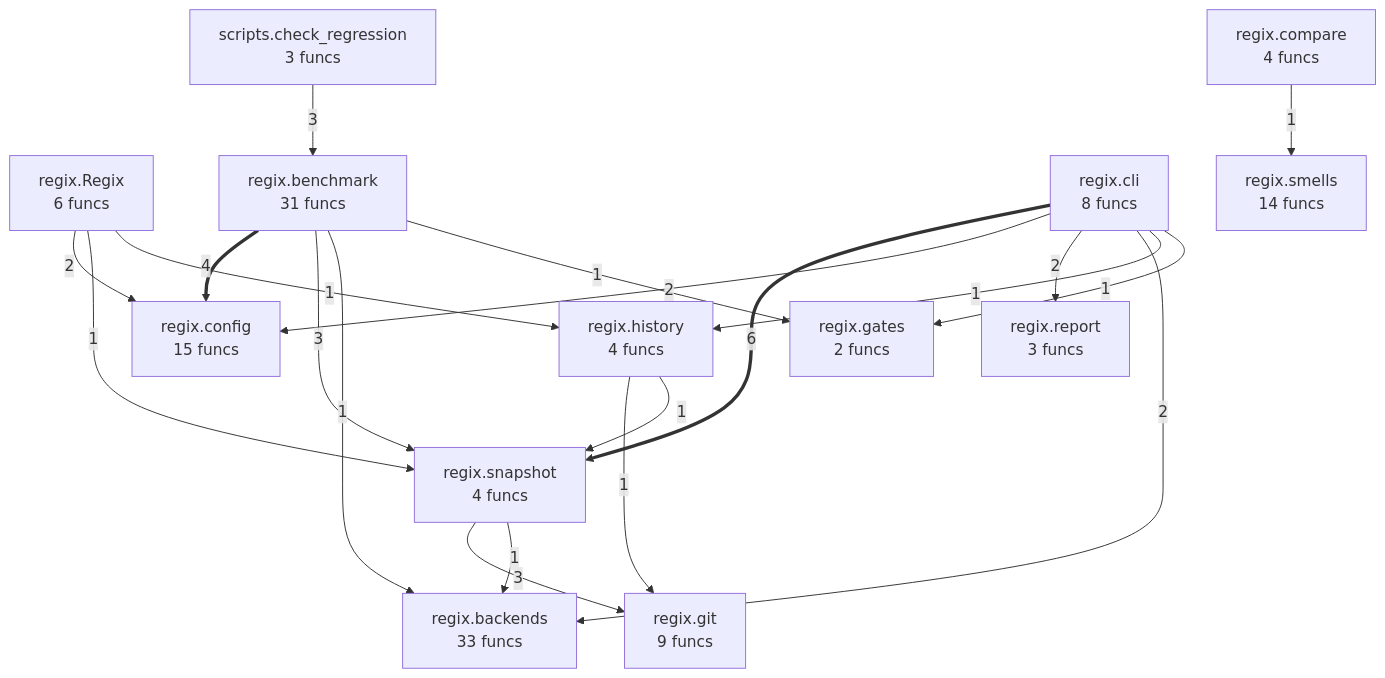
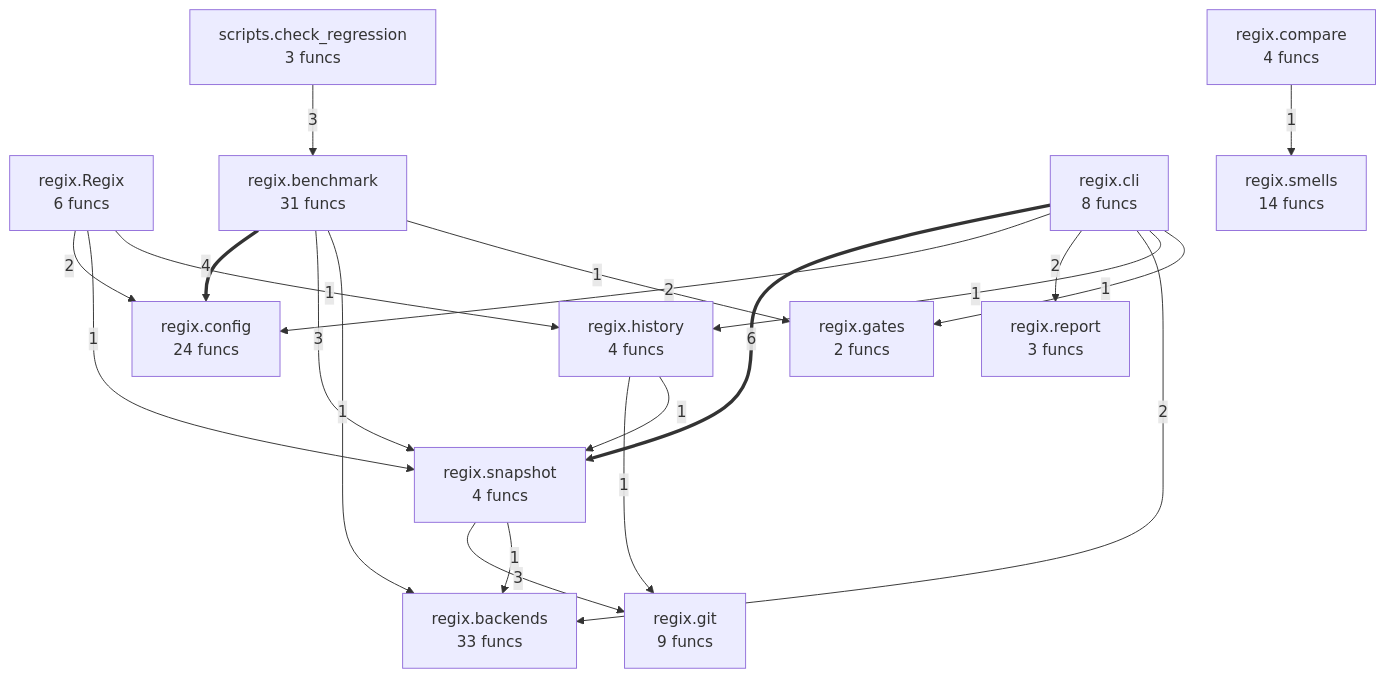
One commit to semcod/regix changed the diagram in project/compact_flow.mmd. Above: the diagram before and after it, drawn with Mermaid. The commit also changed 14 other files, not shown here.

```diff
--- a/project/compact_flow.mmd
+++ b/project/compact_flow.mmd
@@ -1,33 +1,33 @@
 flowchart TD
     regix__Regix["regix.Regix<br/>6 funcs"]
     regix__backends["regix.backends<br/>33 funcs"]
     regix__benchmark["regix.benchmark<br/>31 funcs"]
     regix__cli["regix.cli<br/>8 funcs"]
     regix__compare["regix.compare<br/>4 funcs"]
-    regix__config["regix.config<br/>15 funcs"]
+    regix__config["regix.config<br/>24 funcs"]
     regix__gates["regix.gates<br/>2 funcs"]
     regix__git["regix.git<br/>9 funcs"]
     regix__history["regix.history<br/>4 funcs"]
     regix__report["regix.report<br/>3 funcs"]
     regix__smells["regix.smells<br/>14 funcs"]
     regix__snapshot["regix.snapshot<br/>4 funcs"]
     scripts__check_regression["scripts.check_regression<br/>3 funcs"]
     regix__cli ==>|6| regix__snapshot
     regix__benchmark ==>|4| regix__config
     scripts__check_regression -->|3| regix__benchmark
     regix__snapshot -->|3| regix__git
     regix__benchmark -->|3| regix__snapshot
-    regix__Regix -->|2| regix__config
     regix__cli -->|2| regix__config
     regix__cli -->|2| regix__report
     regix__cli -->|2| regix__backends
+    regix__Regix -->|2| regix__config
     regix__compare -->|1| regix__smells
+    regix__cli -->|1| regix__history
+    regix__cli -->|1| regix__gates
     regix__history -->|1| regix__git
     regix__history -->|1| regix__snapshot
     regix__Regix -->|1| regix__snapshot
     regix__Regix -->|1| regix__history
-    regix__cli -->|1| regix__history
-    regix__cli -->|1| regix__gates
     regix__snapshot -->|1| regix__backends
     regix__benchmark -->|1| regix__backends
     regix__benchmark -->|1| regix__gates
```
